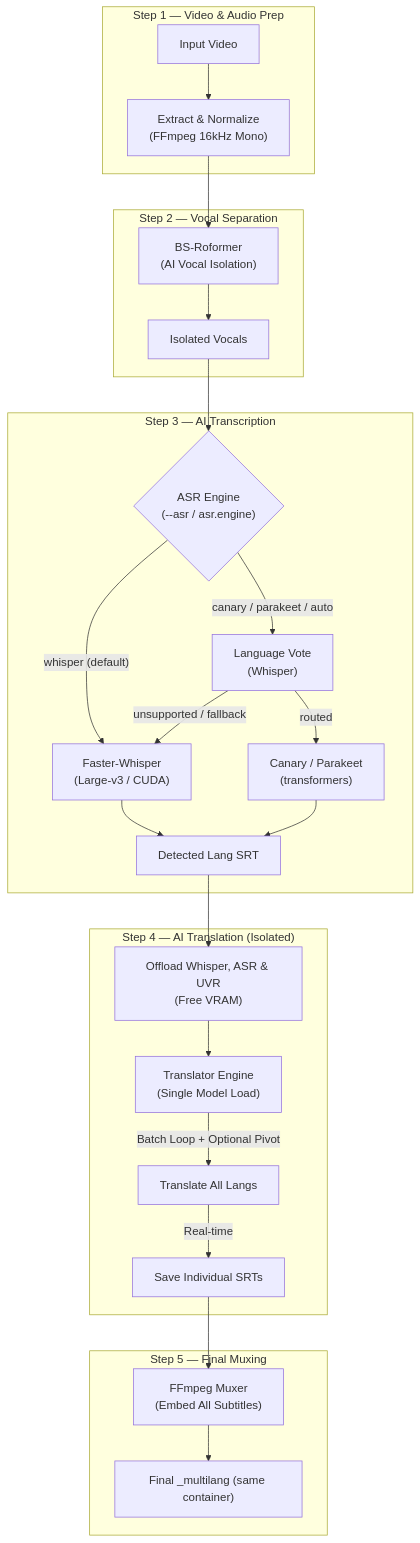
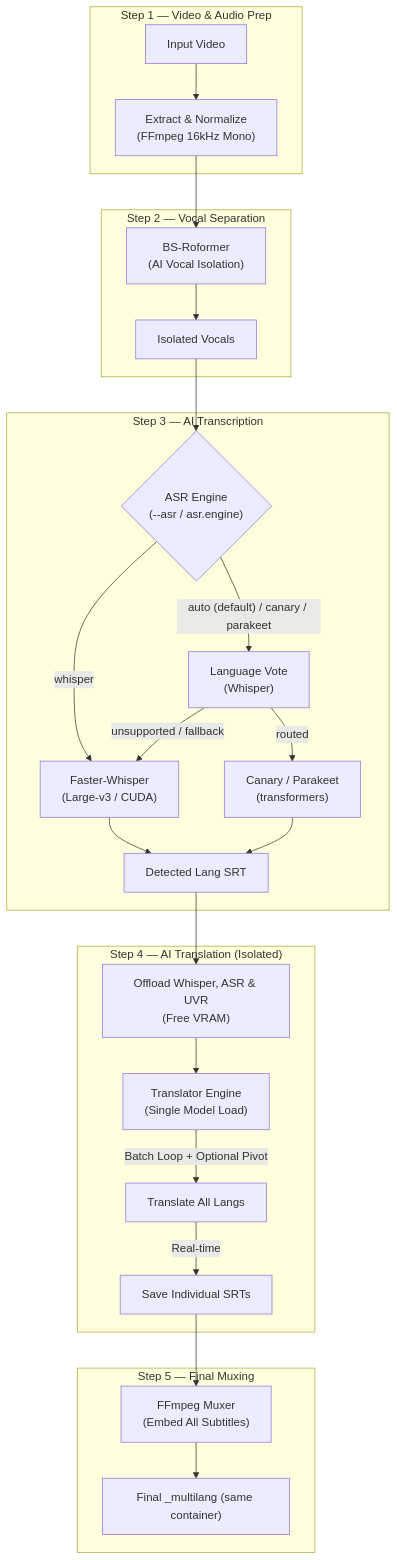
One commit to ventura8/Auto-Subtitle-Generator changed the second of 2 diagrams in README.md. Above: the diagram before and after it, drawn with Mermaid. The commit also changed other lines of this file and 16 other files, not shown here.

````diff
--- a/README.md
+++ b/README.md
@@ -234,33 +241,33 @@
 ```mermaid
 graph TD
     subgraph Step1 ["Step 1 — Video & Audio Prep"]
         A["Input Video"] --> B["Extract & Normalize<br/>(FFmpeg 16kHz Mono)"]
     end
 
     subgraph Step2 ["Step 2 — Vocal Separation"]
         B --> V["BS-Roformer<br/>(AI Vocal Isolation)"]
         V --> VC["Isolated Vocals"]
     end
 
     subgraph Step3 ["Step 3 — AI Transcription"]
         VC --> ASR{"ASR Engine<br/>(--asr / asr.engine)"}
-        ASR -- "whisper (default)" --> W["Faster-Whisper<br/>(Large-v3 / CUDA)"]
-        ASR -- "canary / parakeet / auto" --> LID["Language Vote<br/>(Whisper)"]
+        ASR -- "whisper" --> W["Faster-Whisper<br/>(Large-v3 / CUDA)"]
+        ASR -- "auto (default) / canary / parakeet" --> LID["Language Vote<br/>(Whisper)"]
         LID -- "routed" --> NV["Canary / Parakeet<br/>(transformers)"]
         LID -- "unsupported / fallback" --> W
         W --> S1["Detected Lang SRT"]
         NV --> S1
     end
 
     subgraph Step4 ["Step 4 — AI Translation (Isolated)"]
         S1 --> OFF["Offload Whisper, ASR & UVR<br/>(Free VRAM)"]
         OFF --> N["Translator Engine<br/>(Single Model Load)"]
         N -- "Batch Loop + Optional Pivot" --> T["Translate All Langs"]
         T -- "Real-time" --> S2["Save Individual SRTs"]
     end
 
     subgraph Step5 ["Step 5 — Final Muxing"]
         S2 --> MUX["FFmpeg Muxer<br/>(Embed All Subtitles)"]
         MUX --> OUT["Final _multilang (same container)"]
     end
 ```
````
